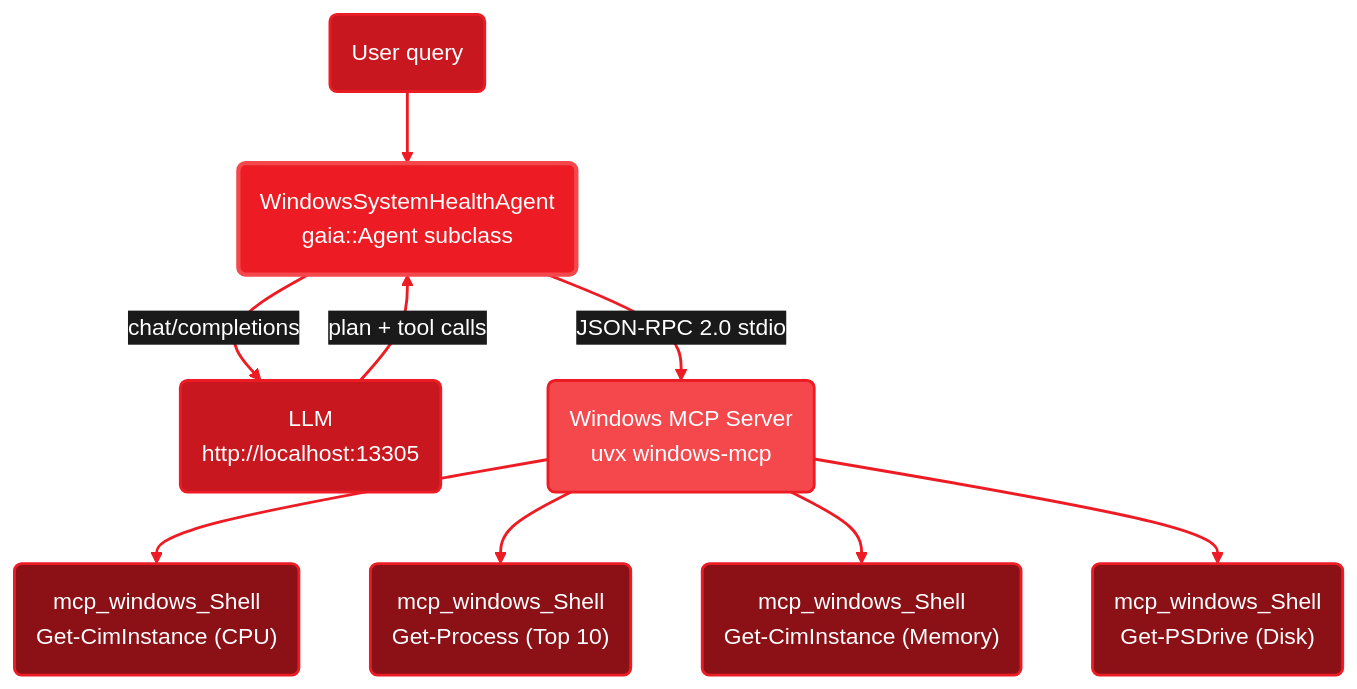
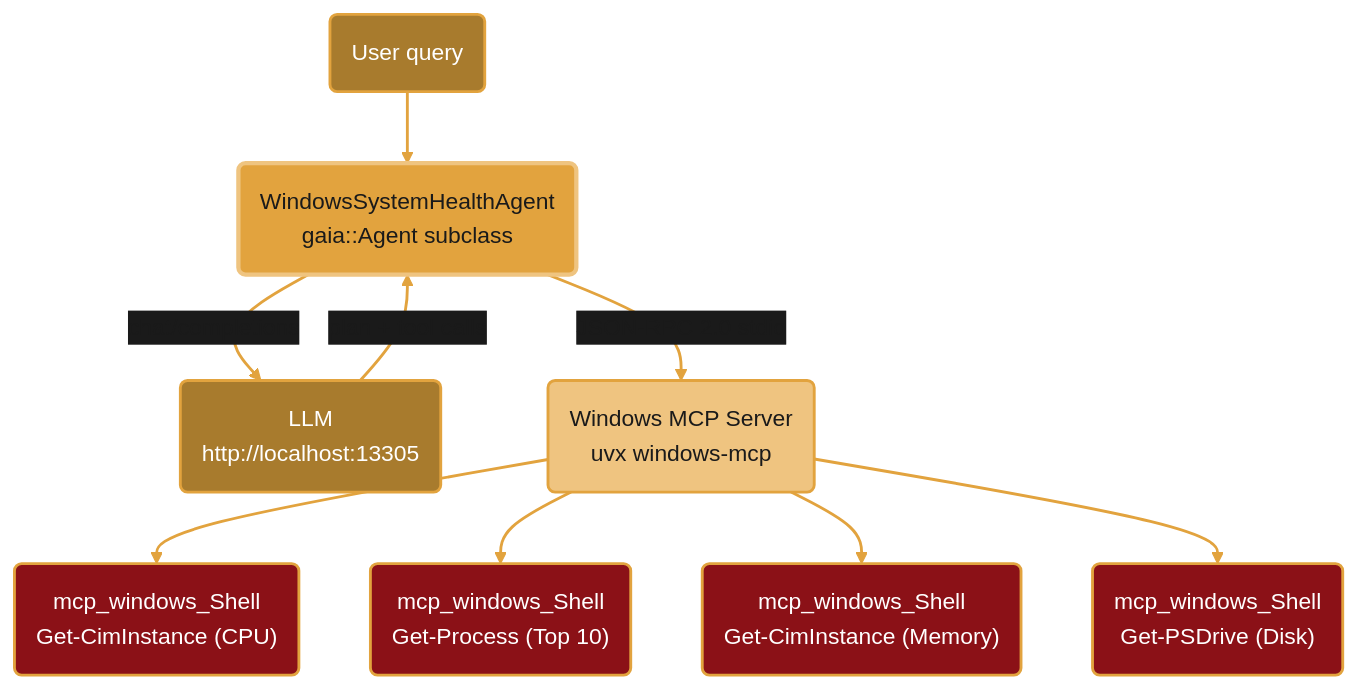
Before and after one commit to amd/gaia: the diagram in docs/cpp/health-agent.mdx, drawn with Mermaid. The commit also changed 37 other files, not shown here.

````diff
--- a/docs/cpp/health-agent.mdx
+++ b/docs/cpp/health-agent.mdx
@@ -107,29 +107,29 @@
 ```mermaid
-%%{init: {'theme':'base', 'themeVariables': { 'primaryColor':'#ED1C24', 'fontSize':'16px', 'lineColor':'#ED1C24', 'primaryTextColor':'#fff', 'edgeLabelBackground':'#1a1a1a'}, 'flowchart': {'curve': 'basis'}}}%%
+%%{init: {'theme':'base', 'themeVariables': { 'primaryColor':'#E2A33E', 'fontSize':'16px', 'lineColor':'#E2A33E', 'primaryTextColor':'#1a1a1a', 'edgeLabelBackground':'#1a1a1a'}, 'flowchart': {'curve': 'basis'}}}%%
 graph TB
     User("User query")
     Agent("WindowsSystemHealthAgent<br/>gaia::Agent subclass")
     LLM("LLM<br/>http://localhost:13305")
     MCP("Windows MCP Server<br/>uvx windows-mcp")
 
     User --> Agent
     Agent -->|"chat/completions"| LLM
     LLM -->|"plan + tool calls"| Agent
     Agent -->|"JSON-RPC 2.0 stdio"| MCP
 
     MCP --> Shell1("mcp_windows_Shell<br/>Get-CimInstance (CPU)")
     MCP --> Shell2("mcp_windows_Shell<br/>Get-Process (Top 10)")
     MCP --> Shell3("mcp_windows_Shell<br/>Get-CimInstance (Memory)")
     MCP --> Shell4("mcp_windows_Shell<br/>Get-PSDrive (Disk)")
 
-    style User fill:#C8171E,stroke:#ED1C24,stroke-width:2px,color:#fff
-    style Agent fill:#ED1C24,stroke:#F4484D,stroke-width:3px,color:#fff
-    style LLM fill:#C8171E,stroke:#ED1C24,stroke-width:2px,color:#fff
-    style MCP fill:#F4484D,stroke:#ED1C24,stroke-width:2px,color:#fff
-    style Shell1 fill:#8B1117,stroke:#ED1C24,stroke-width:2px,color:#fff
-    style Shell2 fill:#8B1117,stroke:#ED1C24,stroke-width:2px,color:#fff
-    style Shell3 fill:#8B1117,stroke:#ED1C24,stroke-width:2px,color:#fff
-    style Shell4 fill:#8B1117,stroke:#ED1C24,stroke-width:2px,color:#fff
+    style User fill:#A87B2D,stroke:#E2A33E,stroke-width:2px,color:#fff
+    style Agent fill:#E2A33E,stroke:#EFC480,stroke-width:3px,color:#1a1a1a
+    style LLM fill:#A87B2D,stroke:#E2A33E,stroke-width:2px,color:#fff
+    style MCP fill:#EFC480,stroke:#E2A33E,stroke-width:2px,color:#1a1a1a
+    style Shell1 fill:#8B1117,stroke:#E2A33E,stroke-width:2px,color:#fff
+    style Shell2 fill:#8B1117,stroke:#E2A33E,stroke-width:2px,color:#fff
+    style Shell3 fill:#8B1117,stroke:#E2A33E,stroke-width:2px,color:#fff
+    style Shell4 fill:#8B1117,stroke:#E2A33E,stroke-width:2px,color:#fff
 
-    linkStyle default stroke:#ED1C24,stroke-width:2px
+    linkStyle default stroke:#E2A33E,stroke-width:2px
 ```
````
